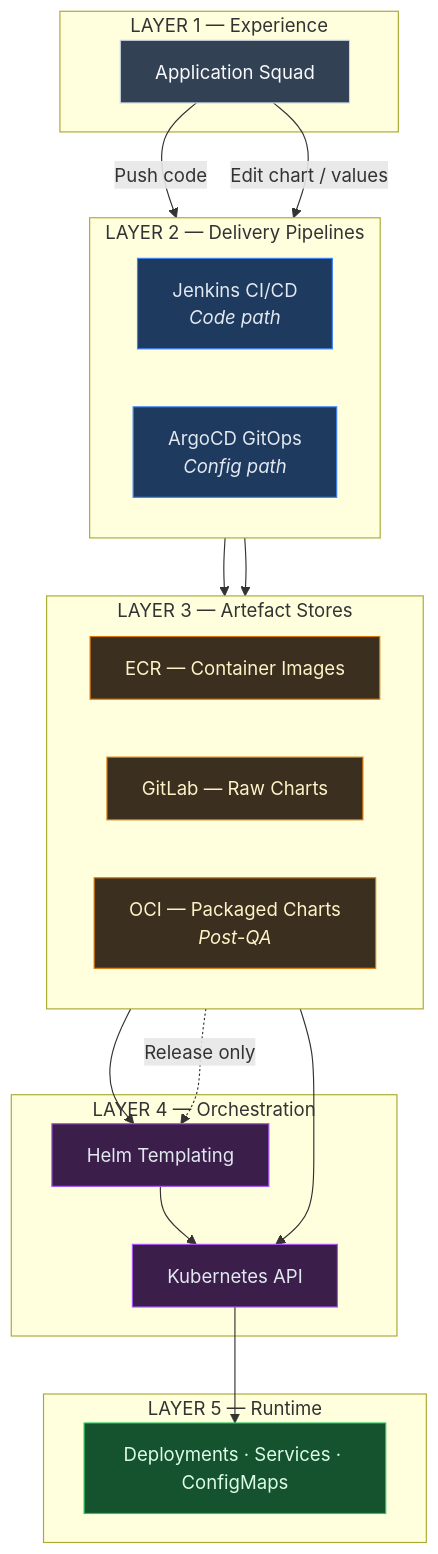
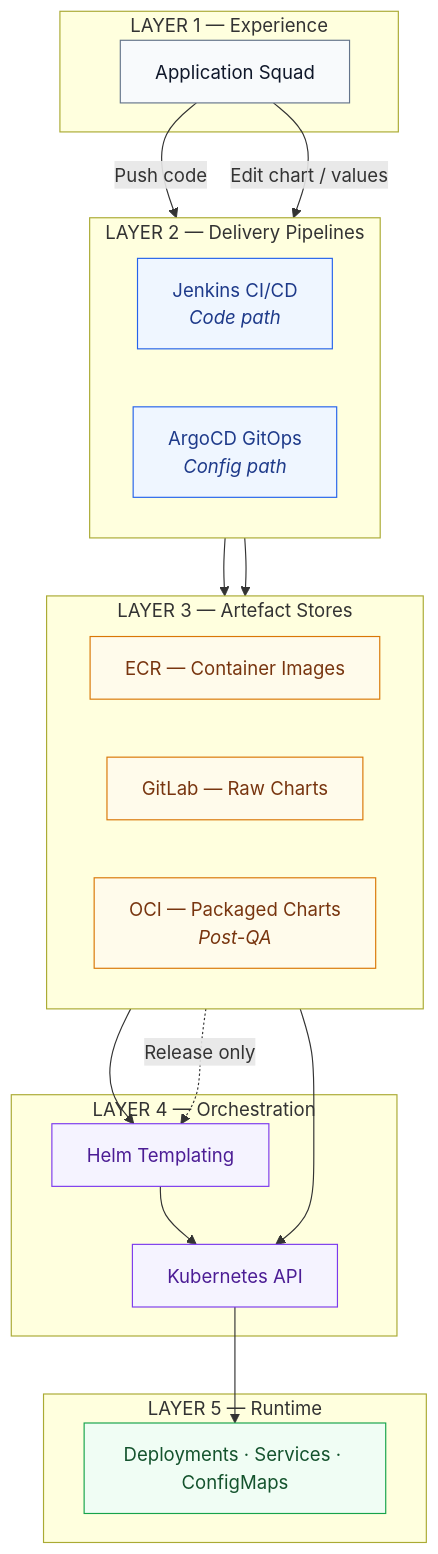
One commit to ashir321/work changed the seventh of 8 diagrams in SA_Guild_Architecture.md. Above: the diagram before and after it, drawn with Mermaid. The commit also changed other lines of this file, not shown here.

First line of the commit message:
Switch architecture diagrams to white/light theme

````diff
--- a/SA_Guild_Architecture.md
+++ b/SA_Guild_Architecture.md
@@ -303,51 +303,51 @@
 ```mermaid
 flowchart TB
     subgraph L1["LAYER 1 — Experience"]
         SQUAD["Application Squad"]
     end
 
     subgraph L2["LAYER 2 — Delivery Pipelines"]
         direction LR
         CI["Jenkins CI/CD<br/><i>Code path</i>"]
         GITOPS["ArgoCD GitOps<br/><i>Config path</i>"]
     end
 
     subgraph L3["LAYER 3 — Artefact Stores"]
         direction LR
         REG_IMG["ECR — Container Images"]
         REG_CHART["GitLab — Raw Charts"]
         REG_OCI["OCI — Packaged Charts<br/><i>Post-QA</i>"]
     end
 
     subgraph L4["LAYER 4 — Orchestration"]
         HELM_L["Helm Templating"]
         K8S_L["Kubernetes API"]
     end
 
     subgraph L5["LAYER 5 — Runtime"]
         WORKLOAD["Deployments · Services · ConfigMaps"]
     end
 
     SQUAD -->|"Push code"| CI
     SQUAD -->|"Edit chart / values"| GITOPS
 
     CI --> REG_IMG
     GITOPS --> REG_CHART
     REG_CHART --> HELM_L
     REG_IMG --> K8S_L
     HELM_L --> K8S_L
     REG_OCI -.->|"Release only"| HELM_L
     K8S_L --> WORKLOAD
 
-    classDef l1 fill:#334155,stroke:#cbd5e1,color:#f8fafc
-    classDef l2 fill:#1e3a5f,stroke:#3b82f6,color:#e2e8f0
-    classDef l3 fill:#3b2f1f,stroke:#d97706,color:#fef3c7
-    classDef l4 fill:#3b1f4a,stroke:#a855f7,color:#e2e8f0
-    classDef l5 fill:#14532d,stroke:#22c55e,color:#dcfce7
+    classDef l1 fill:#f8fafc,stroke:#64748b,color:#0f172a
+    classDef l2 fill:#eff6ff,stroke:#2563eb,color:#1e3a8a
+    classDef l3 fill:#fffbeb,stroke:#d97706,color:#78350f
+    classDef l4 fill:#f5f3ff,stroke:#7c3aed,color:#4c1d95
+    classDef l5 fill:#f0fdf4,stroke:#16a34a,color:#14532d
 
     class SQUAD l1
     class CI,GITOPS l2
     class REG_IMG,REG_CHART,REG_OCI l3
     class HELM_L,K8S_L l4
     class WORKLOAD l5
 ```
````
